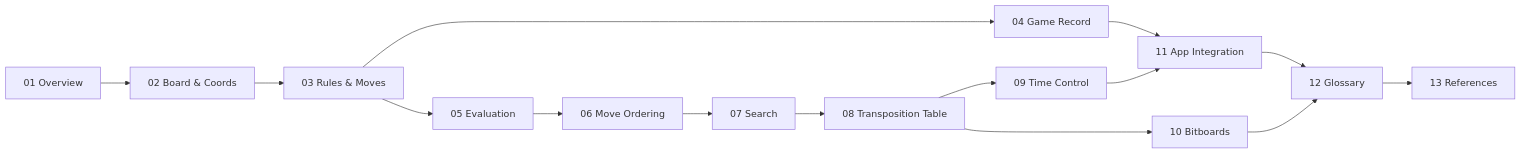
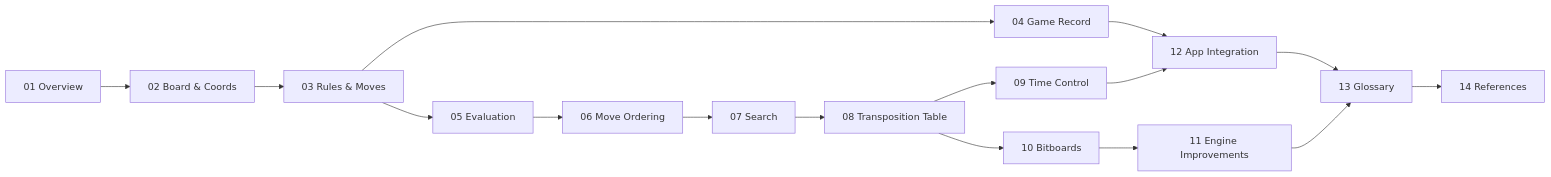
The second of 2 diagrams in docs/brain/README.md (cjp-dev/Checkers), drawn with Mermaid before and after one commit. The commit also changed other lines of this file and 17 other files, not shown here.

````diff
--- a/docs/brain/README.md
+++ b/docs/brain/README.md
@@ -71,17 +72,18 @@
 ```mermaid
 flowchart LR
-    C01["01 Overview"] --> C02["02 Board & Coords"]
-    C02 --> C03["03 Rules & Moves"]
+    C01["01 Overview"] --> C02["02 Board &amp; Coords"]
+    C02 --> C03["03 Rules &amp; Moves"]
     C03 --> C04["04 Game Record"]
     C03 --> C05["05 Evaluation"]
     C05 --> C06["06 Move Ordering"]
     C06 --> C07["07 Search"]
     C07 --> C08["08 Transposition Table"]
     C08 --> C09["09 Time Control"]
     C08 --> C10["10 Bitboards"]
-    C04 --> C11["11 App Integration"]
-    C09 --> C11
-    C10 --> C12["12 Glossary"]
-    C11 --> C12
-    C12 --> C13["13 References"]
+    C10 --> C11["11 Engine Improvements"]
+    C04 --> C12["12 App Integration"]
+    C09 --> C12
+    C11 --> C13["13 Glossary"]
+    C12 --> C13
+    C13 --> C14["14 References"]
 ```
````
